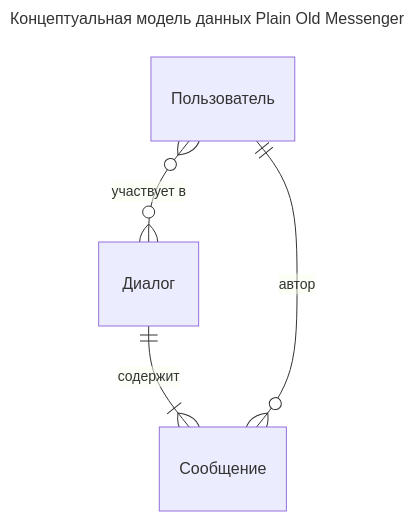
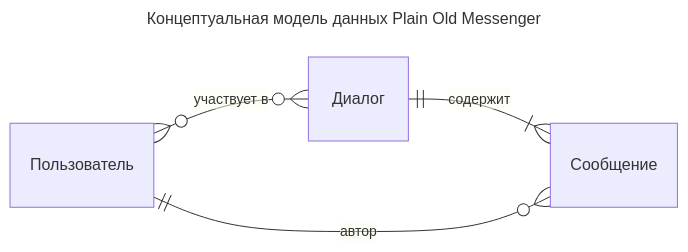
The diagram in docs/data/1-conceptual.md (is-aidd-26/plain-old-messenger), drawn with Mermaid before and after one commit. The commit also changed 1 other file, not shown here.

Commit message:
Обновил README и одну из диаграмм

````diff
--- a/docs/data/1-conceptual.md
+++ b/docs/data/1-conceptual.md
@@ -5,13 +5,14 @@
 ```mermaid
 ---
 title: Концептуальная модель данных Plain Old Messenger
 ---
 erDiagram
+    direction LR
     USER["Пользователь"]
     DIALOG["Диалог"]
     MESSAGE["Сообщение"]
 
     USER }o--o{ DIALOG : "участвует в"
     DIALOG ||--|{ MESSAGE : "содержит"
     USER ||--o{ MESSAGE : "автор"
 ```
````
